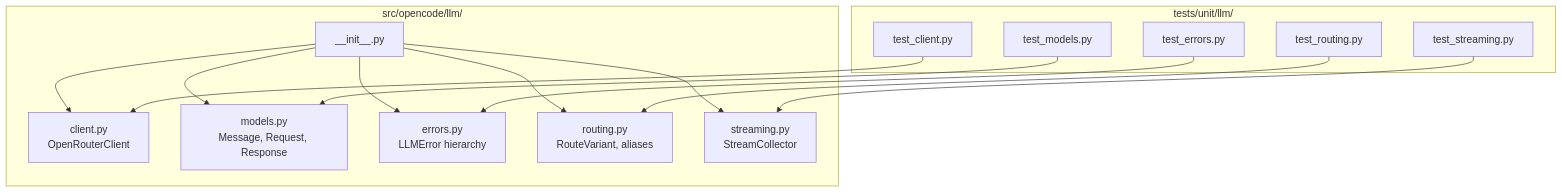
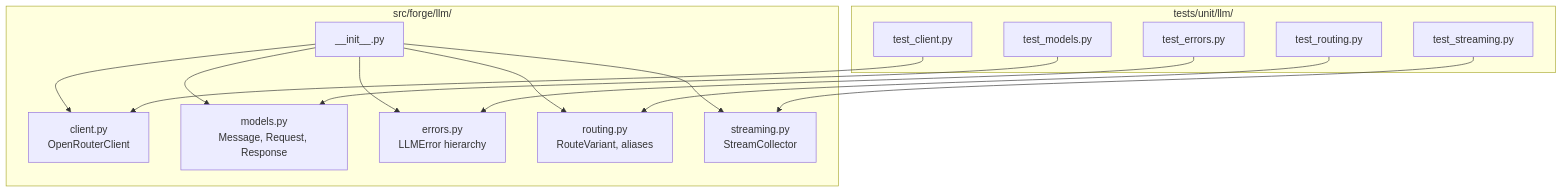
Before and after one commit to corey-rosamond/Code-Forge: diagram 12 of 12 in .ai/phase/3.1/UML.md, drawn with Mermaid. The commit also changed other lines of this file and 505 other files, not shown here.

````diff
--- a/.ai/phase/3.1/UML.md
+++ b/.ai/phase/3.1/UML.md
@@ -532,31 +532,31 @@
 ```mermaid
 flowchart TD
-    subgraph opencode_llm["src/opencode/llm/"]
+    subgraph forge_llm["src/forge/llm/"]
         INIT["__init__.py"]
         CLIENT["client.py<br/>OpenRouterClient"]
         MODELS["models.py<br/>Message, Request, Response"]
         ERRORS["errors.py<br/>LLMError hierarchy"]
         ROUTING["routing.py<br/>RouteVariant, aliases"]
         STREAMING["streaming.py<br/>StreamCollector"]
     end
 
     subgraph tests_llm["tests/unit/llm/"]
         TEST_CLIENT["test_client.py"]
         TEST_MODELS["test_models.py"]
         TEST_ERRORS["test_errors.py"]
         TEST_ROUTING["test_routing.py"]
         TEST_STREAMING["test_streaming.py"]
     end
 
     INIT --> CLIENT
     INIT --> MODELS
     INIT --> ERRORS
     INIT --> ROUTING
     INIT --> STREAMING
 
     TEST_CLIENT --> CLIENT
     TEST_MODELS --> MODELS
     TEST_ERRORS --> ERRORS
     TEST_ROUTING --> ROUTING
     TEST_STREAMING --> STREAMING
 ```
````
